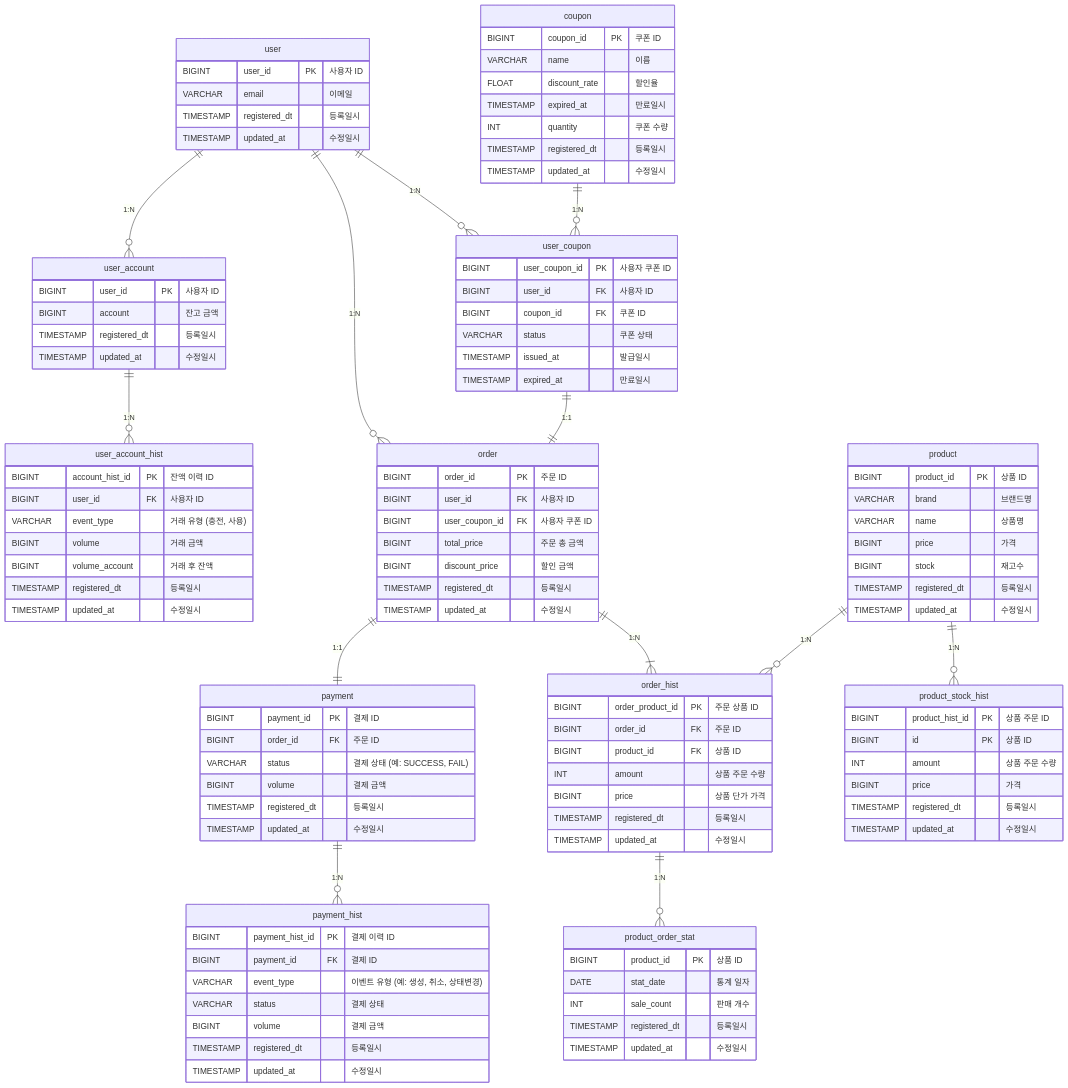
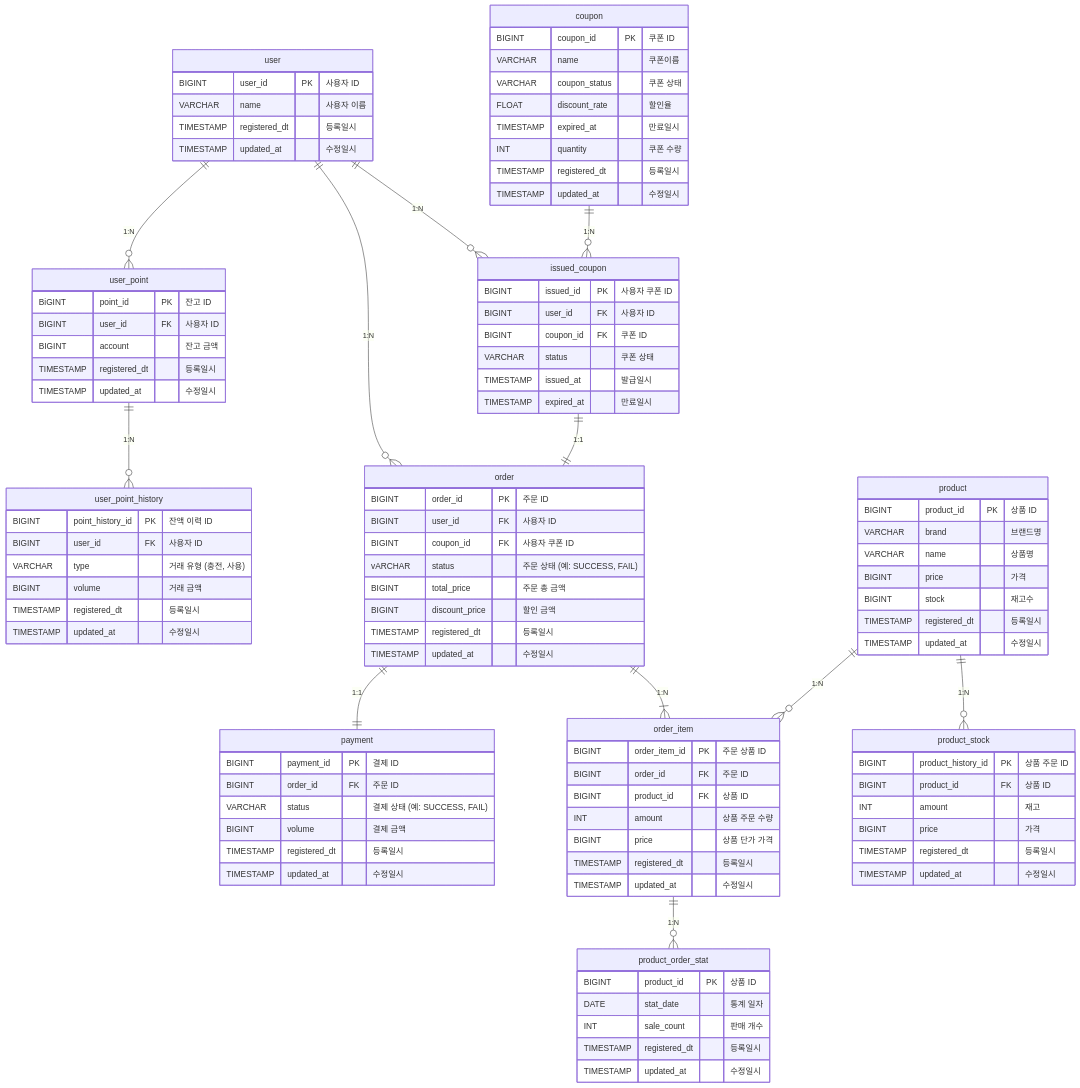
The diagram in docs/ERD.md (w00smanK/hhplus-ecommerce), drawn with Mermaid before and after one commit.

Commit message:
docs : erd 수정

````diff
--- a/docs/ERD.md
+++ b/docs/ERD.md
@@ -11,45 +11,45 @@
 ```mermaid
 
 erDiagram
-user ||--o{ user_account : "1:N"
-user_account ||--o{ user_account_hist : "1:N"
-user ||--o{ user_coupon : "1:N"
+user ||--o{ user_point : "1:N"
+user_point ||--o{ user_point_history : "1:N"
+user ||--o{ issued_coupon : "1:N"
 user ||--o{ order : "1:N"
-coupon ||--o{ user_coupon : "1:N"
-user_coupon ||--|| order : "1:1"
+coupon ||--o{ issued_coupon : "1:N"
+issued_coupon ||--|| order : "1:1"
 order ||--|| payment : "1:1"
-order ||--|{ order_hist : "1:N"
-product ||--o{ order_hist : "1:N"
-product ||--o{ product_stock_hist : "1:N"
-order_hist ||--o{ product_order_stat : "1:N"
-payment ||--o{ payment_hist : "1:N"
+order ||--|{ order_item : "1:N"
+product ||--o{ order_item : "1:N"
+product ||--o{ product_stock : "1:N"
+order_item ||--o{ product_order_stat : "1:N"
     user {
         BIGINT user_id PK "사용자 ID"
-        VARCHAR email "이메일"
+        VARCHAR name "사용자 이름"
         TIMESTAMP registered_dt "등록일시"
         TIMESTAMP updated_at "수정일시"
     }
 
-    user_account {
-        BIGINT user_id PK "사용자 ID"
+    user_point {
+        BiGINT point_id PK "잔고 ID"
+        BIGINT user_id FK "사용자 ID"
         BIGINT account "잔고 금액"
         TIMESTAMP registered_dt "등록일시"
         TIMESTAMP updated_at "수정일시"
     }
 
-    user_account_hist {
-        BIGINT account_hist_id PK "잔액 이력 ID"
+    user_point_history {
+        BIGINT point_history_id PK "잔액 이력 ID"
         BIGINT user_id FK "사용자 ID"
-        VARCHAR event_type "거래 유형 (충전, 사용)"
+        VARCHAR type "거래 유형 (충전, 사용)"
         BIGINT volume "거래 금액"
-        BIGINT volume_account "거래 후 잔액"
         TIMESTAMP registered_dt "등록일시"
         TIMESTAMP updated_at "수정일시"
     }
 
     coupon {
         BIGINT coupon_id PK "쿠폰 ID"
-        VARCHAR name "이름"
+        VARCHAR name "쿠폰이름"
+        VARCHAR coupon_status "쿠폰 상태"
         FLOAT discount_rate "할인율"
         TIMESTAMP expired_at "만료일시"
         INT quantity "쿠폰 수량"
@@ -57,8 +57,8 @@
         TIMESTAMP updated_at "수정일시"
     }
 
-    user_coupon {
-        BIGINT user_coupon_id PK "사용자 쿠폰 ID"
+    issued_coupon {
+        BIGINT issued_id PK "사용자 쿠폰 ID"
         BIGINT user_id FK "사용자 ID"
         BIGINT coupon_id FK "쿠폰 ID"
         VARCHAR status "쿠폰 상태"
@@ -69,15 +69,16 @@
     order {
         BIGINT order_id PK "주문 ID"
         BIGINT user_id FK "사용자 ID"
-        BIGINT user_coupon_id FK "사용자 쿠폰 ID"
+        BIGINT coupon_id FK "사용자 쿠폰 ID"
+        vARCHAR status "주문 상태 (예: SUCCESS, FAIL)"
         BIGINT total_price "주문 총 금액"
         BIGINT discount_price "할인 금액"
         TIMESTAMP registered_dt "등록일시"
         TIMESTAMP updated_at "수정일시"
     }
 
-    order_hist {
-        BIGINT order_product_id PK "주문 상품 ID"
+    order_item {
+        BIGINT order_item_id PK "주문 상품 ID"
         BIGINT order_id FK "주문 ID"
         BIGINT product_id FK "상품 ID"
         INT amount "상품 주문 수량"
@@ -95,16 +96,6 @@
         TIMESTAMP updated_at "수정일시"
     }
 
-    payment_hist {
-        BIGINT payment_hist_id PK "결제 이력 ID"
-        BIGINT payment_id FK "결제 ID"
-        VARCHAR event_type "이벤트 유형 (예: 생성, 취소, 상태변경)"
-        VARCHAR status "결제 상태"
-        BIGINT volume "결제 금액"
-        TIMESTAMP registered_dt "등록일시"
-        TIMESTAMP updated_at "수정일시"
-    }
-
     product {
         BIGINT product_id PK "상품 ID"
         VARCHAR brand "브랜드명"
@@ -115,10 +106,10 @@
         TIMESTAMP updated_at "수정일시"
     }
 
-    product_stock_hist {
-        BIGINT product_hist_id PK "상품 주문 ID"
-        BIGINT id PK "상품 ID"
-        INT amount "상품 주문 수량"
+    product_stock {
+        BIGINT product_history_id PK "상품 주문 ID"
+        BIGINT product_id FK "상품 ID"
+        INT amount "재고"
         BIGINT price "가격"
         TIMESTAMP registered_dt "등록일시"
         TIMESTAMP updated_at "수정일시"
````
